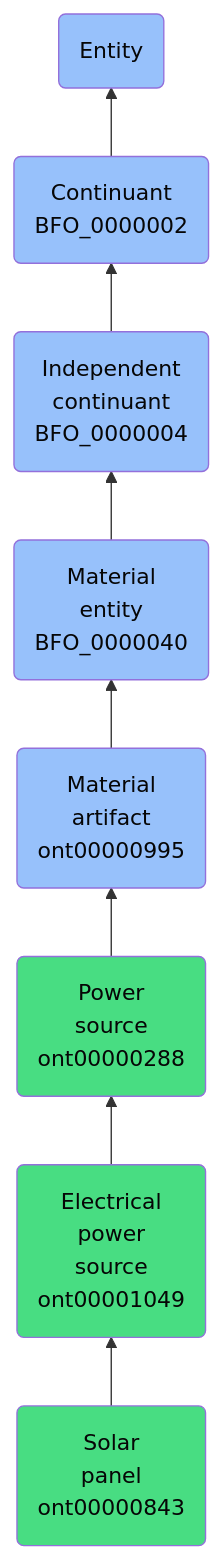
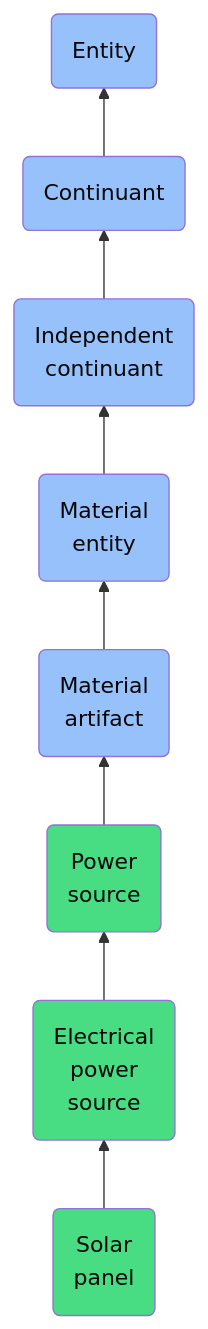
The diagram in docs/ontology/reference/model/Entity/Continuant/Independent continuant/Material entity/Material artifact/Power source/Electrical power source/Solar panel/Solar panel.md (jupyter-naas/abi), drawn with Mermaid before and after one commit. The commit also changed other lines of this file and 1430 other files, not shown here.

````diff
--- a/docs/ontology/reference/model/Entity/Continuant/Independent continuant/Material entity/Material artifact/Power source/Electrical power source/Solar panel/Solar panel.md
+++ b/docs/ontology/reference/model/Entity/Continuant/Independent continuant/Material entity/Material artifact/Power source/Electrical power source/Solar panel/Solar panel.md
@@ -24,15 +24,15 @@
 ```mermaid
 graph BT
-    ont00000843(Solar<br>panel<br>ont00000843):::ABI-->ont00001049
-    ont00001049(Electrical<br>power<br>source<br>ont00001049):::ABI-->ont00000288
-    ont00000288(Power<br>source<br>ont00000288):::ABI-->ont00000995
-    ont00000995(Material<br>artifact<br>ont00000995):::BFO-->BFO_0000040
-    BFO_0000040(Material<br>entity<br>BFO_0000040):::BFO-->BFO_0000004
-    BFO_0000004(Independent<br>continuant<br>BFO_0000004):::BFO-->BFO_0000002
-    BFO_0000002(Continuant<br>BFO_0000002):::BFO-->BFO_0000001
+    ont00000843(Solar<br>panel):::ABI-->ont00001049
+    ont00001049(Electrical<br>power<br>source):::ABI-->ont00000288
+    ont00000288(Power<br>source):::ABI-->ont00000995
+    ont00000995(Material<br>artifact):::BFO-->BFO_0000040
+    BFO_0000040(Material<br>entity):::BFO-->BFO_0000004
+    BFO_0000004(Independent<br>continuant):::BFO-->BFO_0000002
+    BFO_0000002(Continuant):::BFO-->BFO_0000001
     BFO_0000001(Entity):::BFO
     
     classDef BFO fill:#97c1fb,color:#060606
     classDef CCO fill:#e4c51e,color:#060606
     classDef ABI fill:#48DD82,color:#060606
 ```
````
